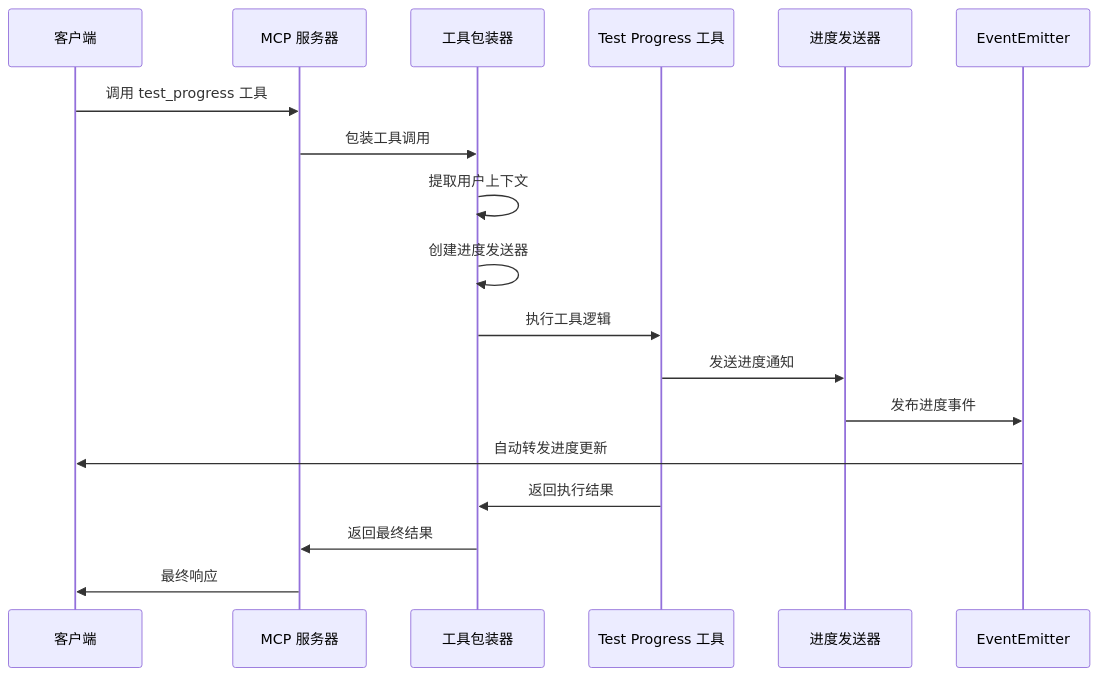
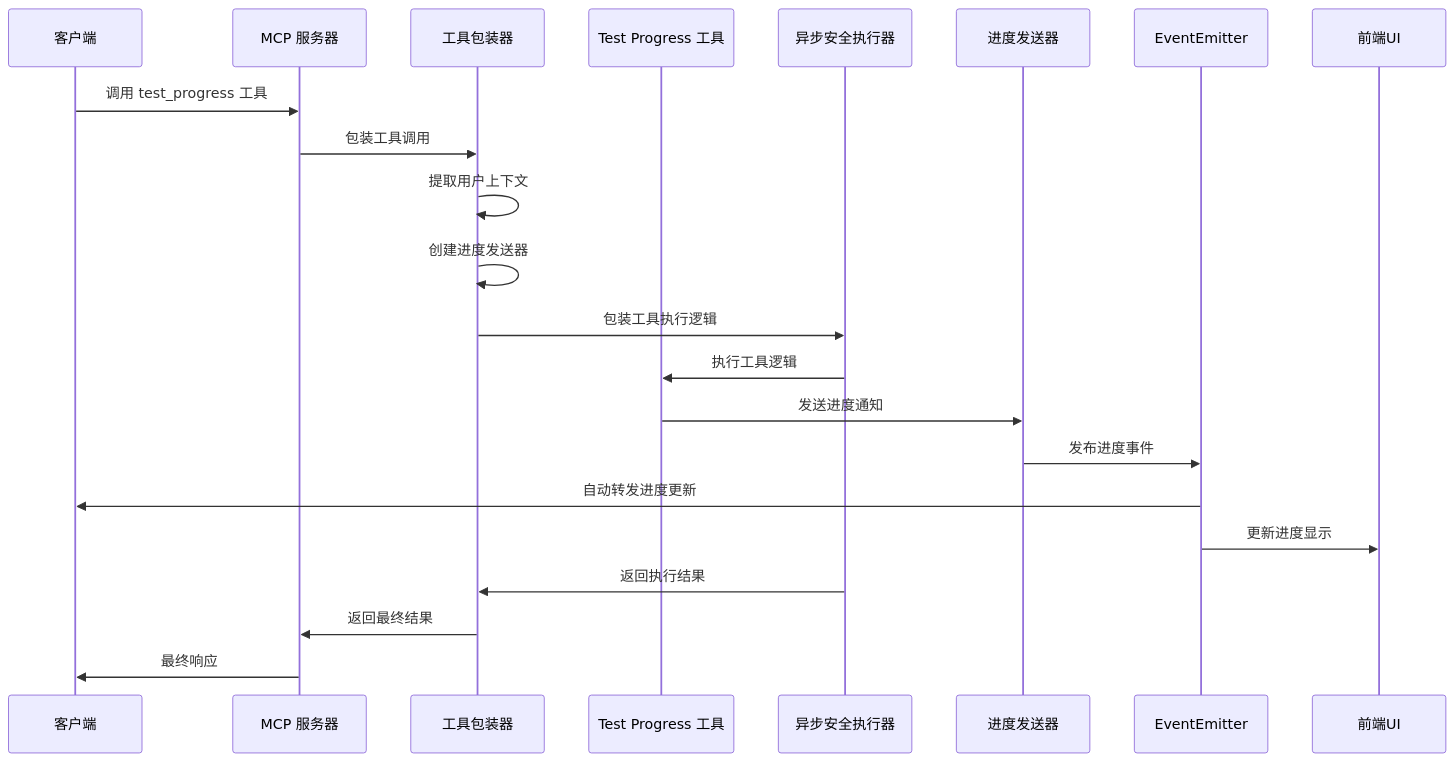
The second of 9 diagrams in .qoder/repowiki/zh/content/Test Progress Tool.md (maomao94/zero-service), drawn with Mermaid before and after one commit. The commit also changed other lines of this file and 58 other files, not shown here.

````diff
--- a/.qoder/repowiki/zh/content/Test Progress Tool.md
+++ b/.qoder/repowiki/zh/content/Test Progress Tool.md
@@ -102,20 +127,24 @@
 ```mermaid
 sequenceDiagram
 participant Client as 客户端
 participant Server as MCP 服务器
 participant Wrapper as 工具包装器
 participant Tool as Test Progress 工具
+participant AsyncExec as 异步安全执行器
 participant Sender as 进度发送器
 participant Emitter as EventEmitter
+participant UI as 前端UI
 Client->>Server : 调用 test_progress 工具
 Server->>Wrapper : 包装工具调用
 Wrapper->>Wrapper : 提取用户上下文
 Wrapper->>Wrapper : 创建进度发送器
-Wrapper->>Tool : 执行工具逻辑
+Wrapper->>AsyncExec : 包装工具执行逻辑
+AsyncExec->>Tool : 执行工具逻辑
 Tool->>Sender : 发送进度通知
 Sender->>Emitter : 发布进度事件
 Emitter->>Client : 自动转发进度更新
-Tool->>Wrapper : 返回执行结果
+Emitter->>UI : 更新进度显示
+AsyncExec->>Wrapper : 返回执行结果
 Wrapper->>Server : 返回最终结果
 Server->>Client : 最终响应
 ```
````
